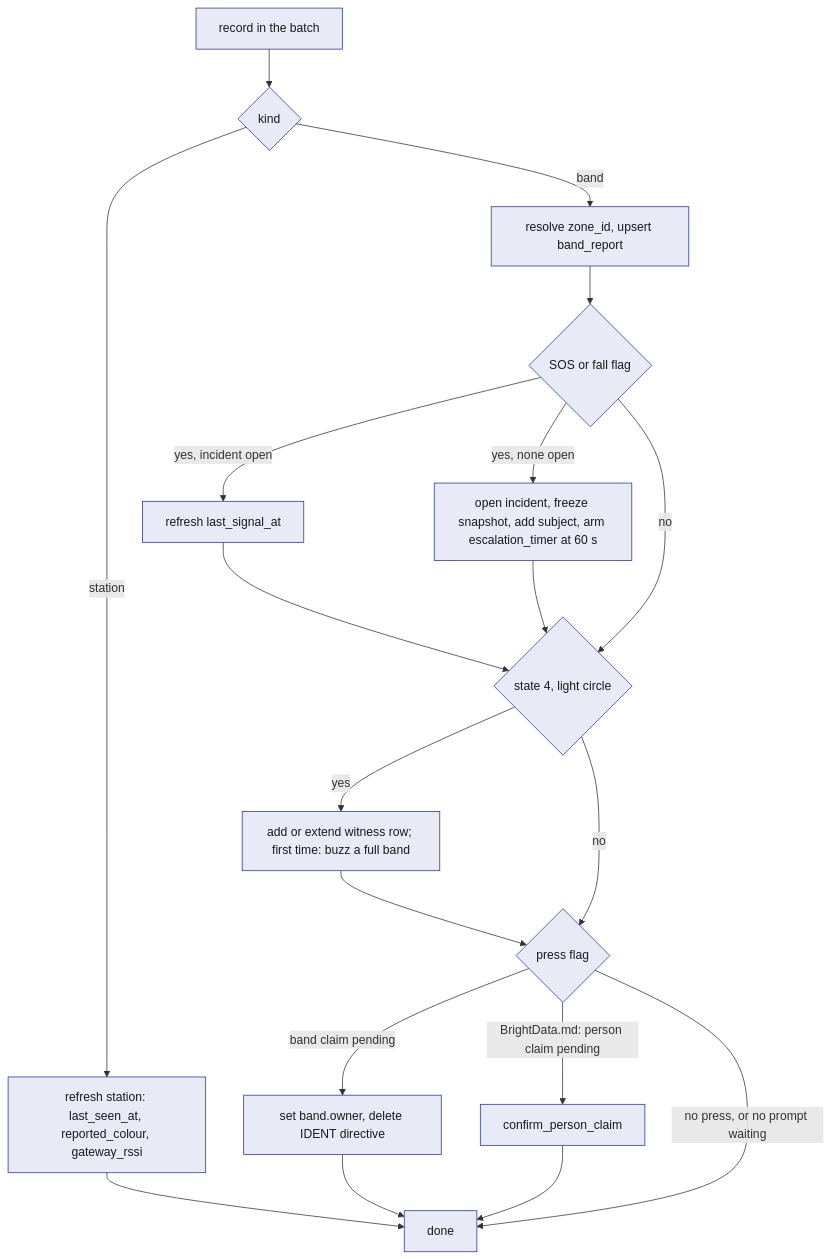
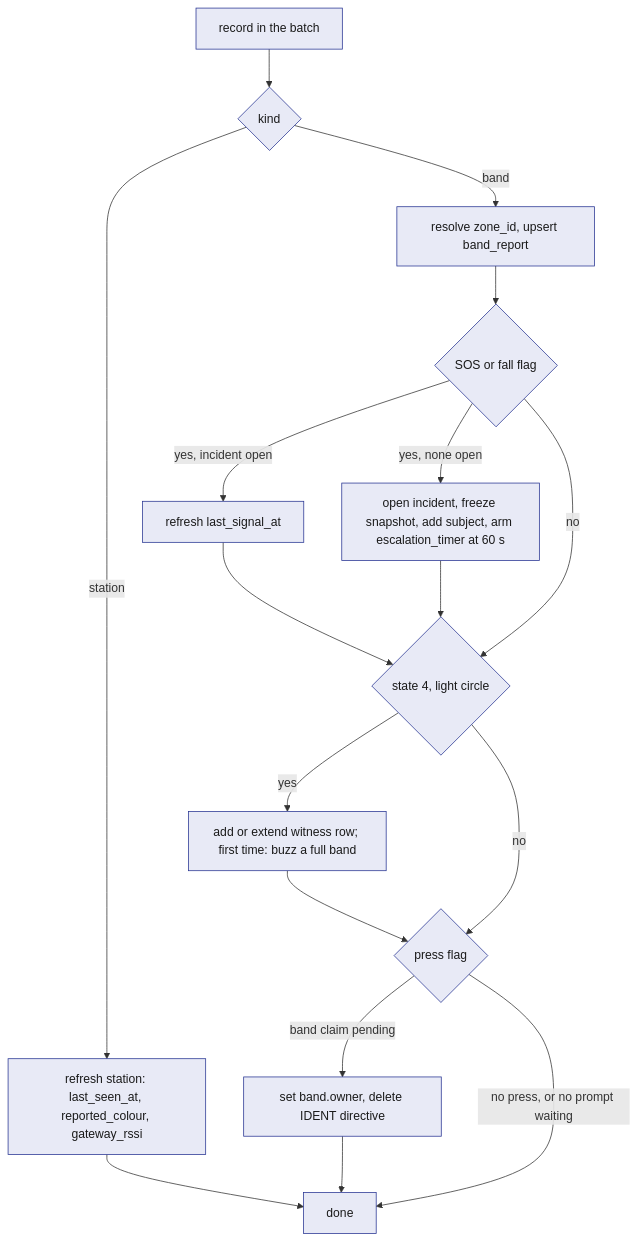
One commit to viktorinkov/cal-hacks-13 changed the fourth of 4 diagrams in System Design/2-data/SpacetimeDB.md. Above: the diagram before and after it, drawn with Mermaid. The commit also changed other lines of this file and 19 other files, not shown here.

````diff
--- a/System Design/2-data/SpacetimeDB.md
+++ b/System Design/2-data/SpacetimeDB.md
@@ -738,23 +748,21 @@
 ```mermaid
 flowchart TD
   A["record in the batch"] --> B{"kind"}
   B -->|"station"| C["refresh station: last_seen_at, reported_colour, gateway_rssi"]
   B -->|"band"| D["resolve zone_id, upsert band_report"]
   D --> E{"SOS or fall flag"}
   E -->|"yes, incident open"| F["refresh last_signal_at"]
   E -->|"yes, none open"| G["open incident, freeze snapshot, add subject, arm escalation_timer at 60 s"]
   E -->|"no"| H{"state 4, light circle"}
   F --> H
   G --> H
   H -->|"yes"| I["add or extend witness row; first time: buzz a full band"]
   H -->|"no"| J{"press flag"}
   I --> J
   J -->|"band claim pending"| K["set band.owner, delete IDENT directive"]
-  J -->|"BrightData.md: person claim pending"| P["confirm_person_claim"]
   J -->|"no press, or no prompt waiting"| M["done"]
   C --> M
   K --> M
-  P --> M
   classDef stdb fill:#E8EAF6,stroke:#283593,color:#1A1A1A
-  class A,B,C,D,E,F,G,H,I,J,K,M,P stdb
+  class A,B,C,D,E,F,G,H,I,J,K,M stdb
 ```
````
